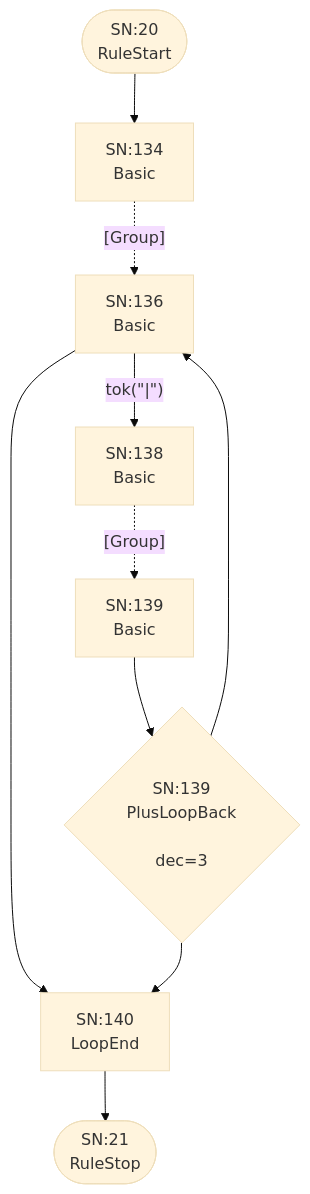
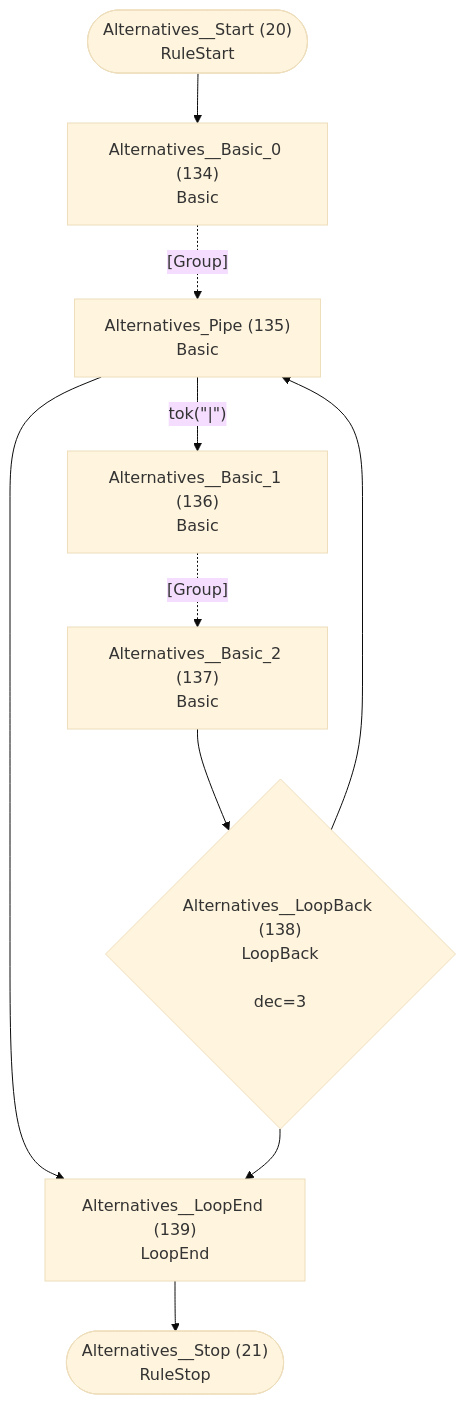
Diagram 11 of 25 in internal/grammar/atn.md (TypeFox/fastbelt), drawn with Mermaid (base theme) before and after one commit. The commit also changed other lines of this file and 26 other files, not shown here.

````diff
--- a/internal/grammar/atn.md
+++ b/internal/grammar/atn.md
@@ -288,21 +288,21 @@
 ```mermaid
 flowchart TD
-    q20(["SN:20<br/>RuleStart"])
-    q21(["SN:21<br/>RuleStop"])
-    q134["SN:134<br/>Basic<br/>"]
-    q135["SN:136<br/>Basic<br/>"]
-    q136["SN:138<br/>Basic<br/>"]
-    q137["SN:139<br/>Basic<br/>"]
-    q138{"SN:139<br/>PlusLoopBack<br/><br/>dec=3"}
-    q139["SN:140<br/>LoopEnd<br/>"]
+    q20(["Alternatives__Start (20)<br/>RuleStart"])
+    q21(["Alternatives__Stop (21)<br/>RuleStop"])
+    q134["Alternatives__Basic_0 (134)<br/>Basic<br/>"]
+    q135["Alternatives_Pipe (135)<br/>Basic<br/>"]
+    q136["Alternatives__Basic_1 (136)<br/>Basic<br/>"]
+    q137["Alternatives__Basic_2 (137)<br/>Basic<br/>"]
+    q138{"Alternatives__LoopBack (138)<br/>LoopBack<br/><br/>dec=3"}
+    q139["Alternatives__LoopEnd (139)<br/>LoopEnd<br/>"]
 
     q20 --> q134
     q134 -.->|"[Group]"| q135
     q135 -->|"tok(&quot;|&quot;)"| q136
     q135 --> q139
     q136 -.->|"[Group]"| q137
     q137 --> q138
     q138 --> q135
     q138 --> q139
     q139 --> q21
 ```
````
